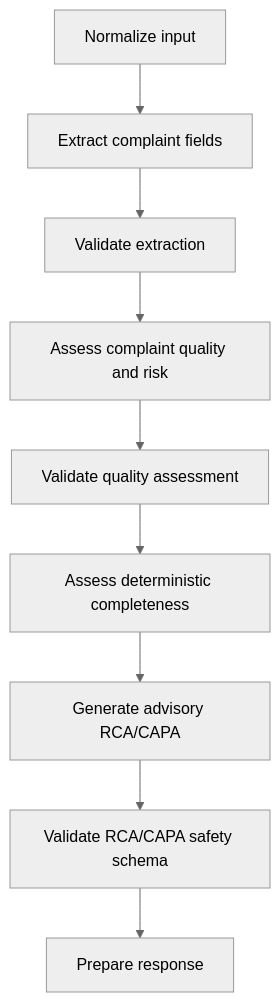
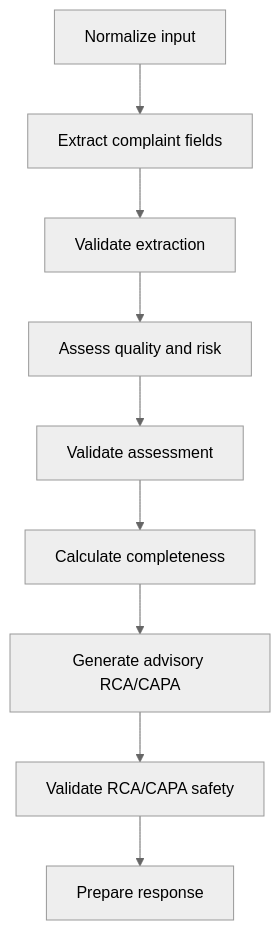
Before and after one commit to gaganakumarm/ai-pharma-complaint-qms: the second of 3 diagrams in docs/architecture.md, drawn with Mermaid (neutral theme). The commit also changed other lines of this file and 12 other files, not shown here.

````diff
--- a/docs/architecture.md
+++ b/docs/architecture.md
@@ -131,11 +76,11 @@
 ```mermaid
 flowchart TD
     N["Normalize input"] --> X["Extract complaint fields"]
     X --> V["Validate extraction"]
-    V --> R["Assess complaint quality and risk"]
-    R --> A["Validate quality assessment"]
-    A --> C["Assess deterministic completeness"]
-    C --> G["Generate advisory RCA/CAPA"]
-    G --> S["Validate RCA/CAPA safety schema"]
+    V --> Q["Assess quality and risk"]
+    Q --> A["Validate assessment"]
+    A --> C["Calculate completeness"]
+    C --> R["Generate advisory RCA/CAPA"]
+    R --> S["Validate RCA/CAPA safety"]
     S --> P["Prepare response"]
 ```
````
